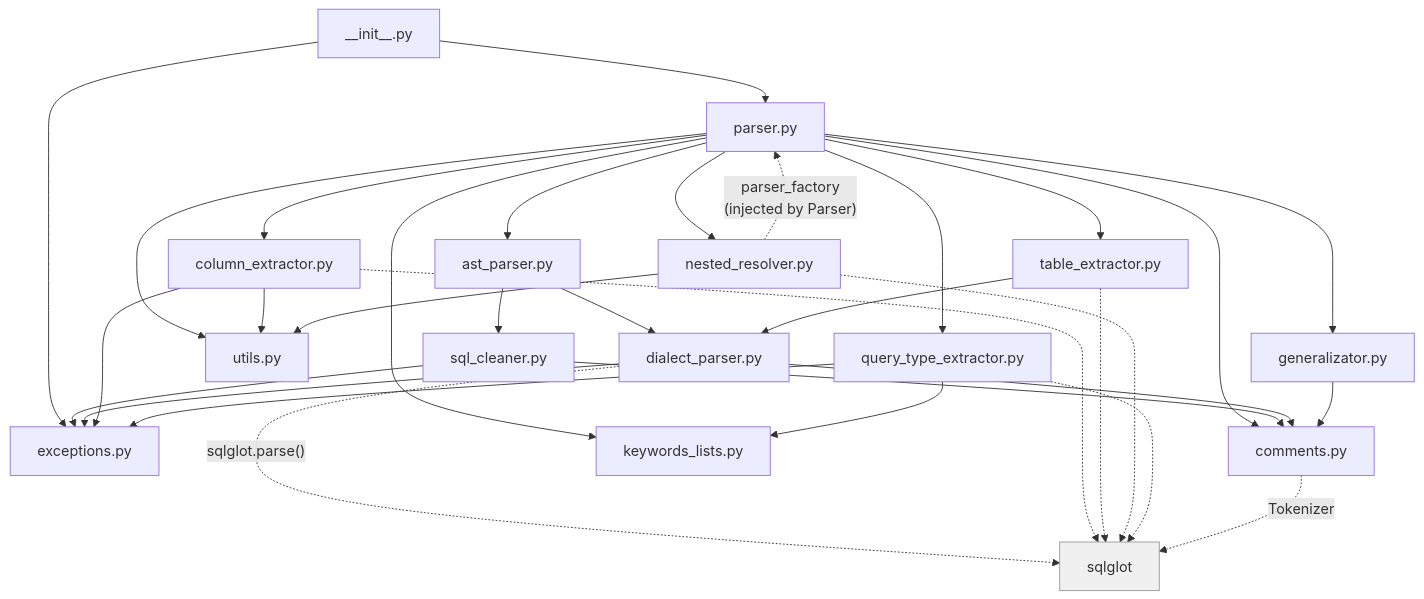
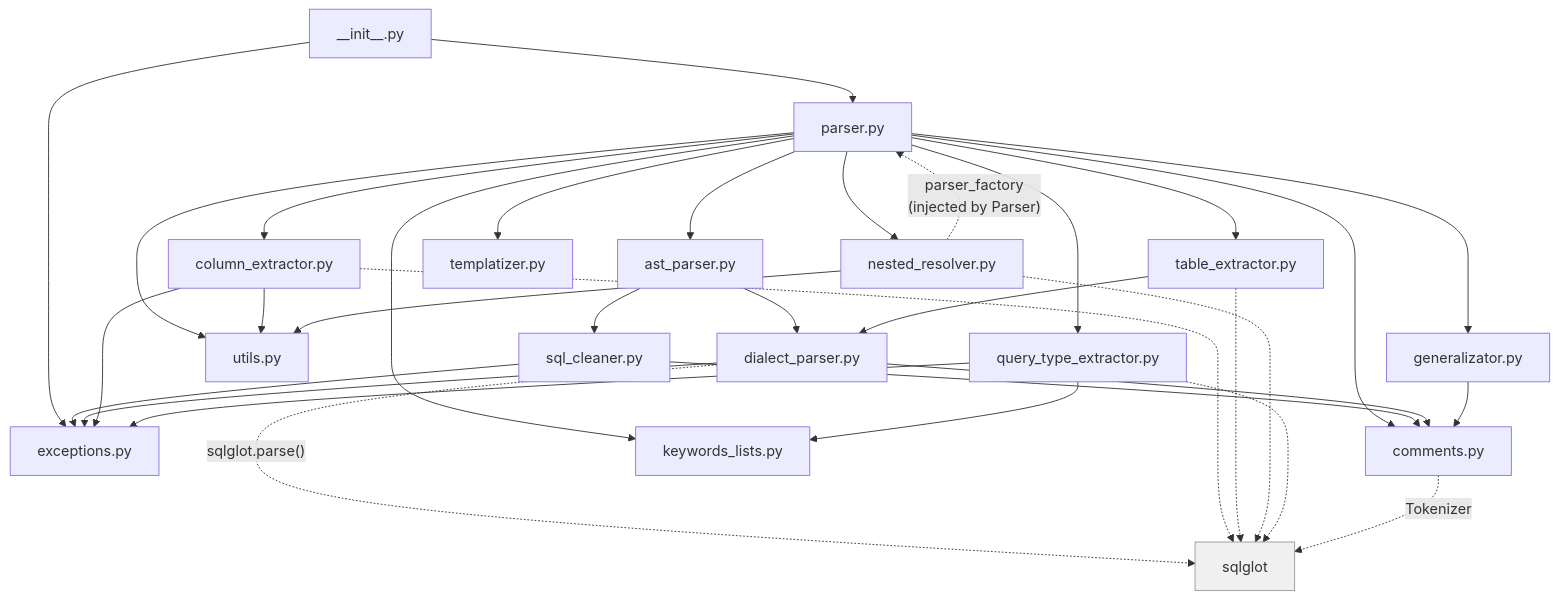
Before and after one commit to u2240999867x/gsb1109-de-u224-280-20261119: the ninth of 9 diagrams in ARCHITECTURE.md, drawn with Mermaid. The commit also changed other lines of this file and 6 other files, not shown here.

````diff
--- a/ARCHITECTURE.md
+++ b/ARCHITECTURE.md
@@ -519,41 +522,42 @@
 ```mermaid
 flowchart TB
     INIT["__init__.py"]
     INIT --> P["parser.py"]
     INIT --> EXC["exceptions.py"]
 
     P --> AST["ast_parser.py"]
     P --> EXT["column_extractor.py"]
     P --> TAB["table_extractor.py"]
     P --> RES["nested_resolver.py"]
     P --> QT["query_type_extractor.py"]
     P --> COM["comments.py"]
     P --> GEN["generalizator.py"]
+    P --> TPL["templatizer.py"]
     P --> KW["keywords_lists.py"]
     P --> UT["utils.py"]
 
     AST --> SC["sql_cleaner.py"]
     AST --> DP["dialect_parser.py"]
 
     SC --> COM
     SC --> EXC
     DP --> COM
     DP --> EXC
     DP -.->|"sqlglot.parse()"| SG["sqlglot"]
     TAB --> DP
 
     EXT -.-> SG
     EXT --> UT
     EXT --> EXC
     TAB -.-> SG
     RES -.-> SG
     RES --> UT
     RES -.->|"parser_factory\n(injected by Parser)"| P
     QT -.-> SG
     QT --> KW
     QT --> EXC
     COM -.->|"Tokenizer"| SG
     GEN --> COM
 
     style SG fill:#f0f0f0,stroke:#999
 ```
````
